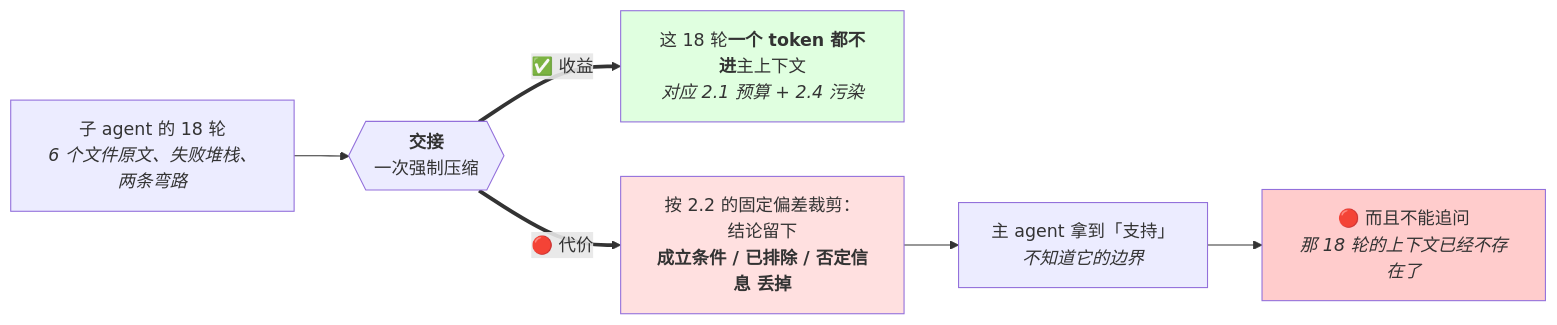
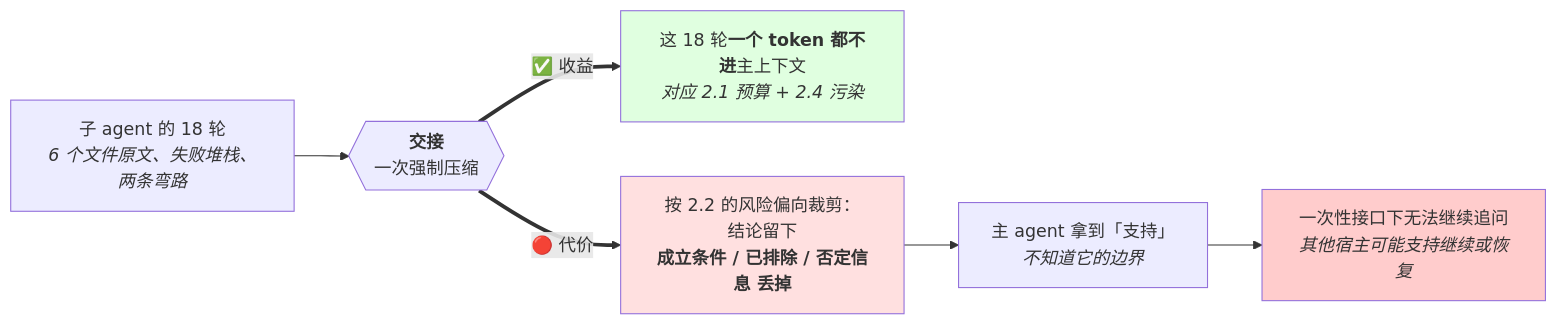
One commit to didadila/ai-agent-handbook changed the fifth of 10 diagrams in handbook/ai-agent/05-agent循环.md. Above: the diagram before and after it, drawn with Mermaid. The commit also changed other lines of this file and 211 other files, not shown here.

````diff
--- a/handbook/ai-agent/05-agent循环.md
+++ b/handbook/ai-agent/05-agent循环.md
@@ -434,14 +468,14 @@
 ```mermaid
 flowchart LR
     SUB["子 agent 的 18 轮<br/><i>6 个文件原文、失败堆栈、两条弯路</i>"] --> H{{"<b>交接</b><br/>一次强制压缩"}}
 
     H ==>|"✅ 收益"| G["这 18 轮<b>一个 token 都不进</b>主上下文<br/><i>对应 2.1 预算 + 2.4 污染</i>"]
-    H ==>|"🔴 代价"| C["按 2.2 的固定偏差裁剪：<br/>结论留下<br/><b>成立条件 / 已排除 / 否定信息 丢掉</b>"]
+    H ==>|"🔴 代价"| C["按 2.2 的风险偏向裁剪：<br/>结论留下<br/><b>成立条件 / 已排除 / 否定信息 丢掉</b>"]
 
     C --> R["主 agent 拿到「支持」<br/><i>不知道它的边界</i>"]
-    R --> NQ["🔴 而且不能追问<br/><i>那 18 轮的上下文已经不存在了</i>"]
+    R --> NQ["一次性接口下无法继续追问<br/><i>其他宿主可能支持继续或恢复</i>"]
 
     style G fill:#e0ffe0
     style C fill:#ffe0e0
     style NQ fill:#ffcccc
 ```
````
